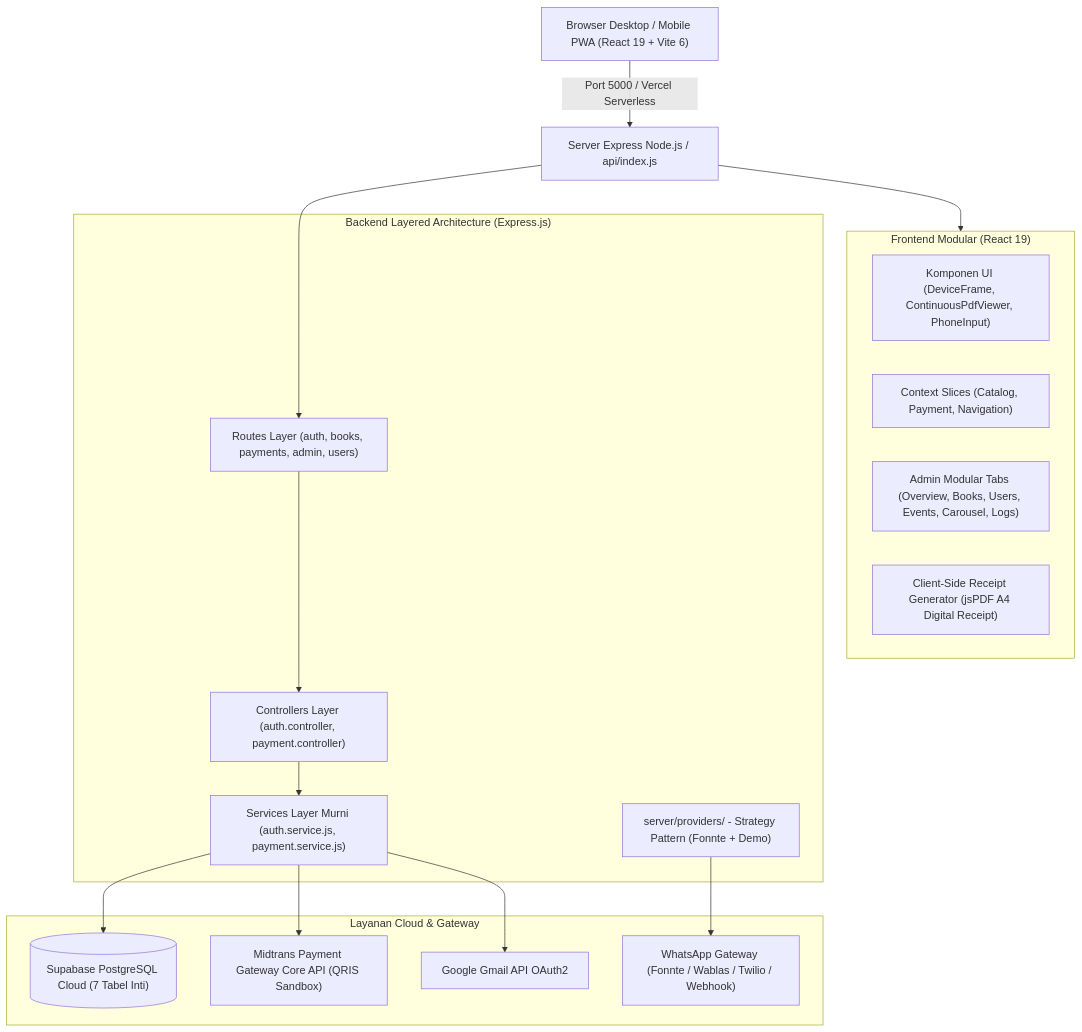
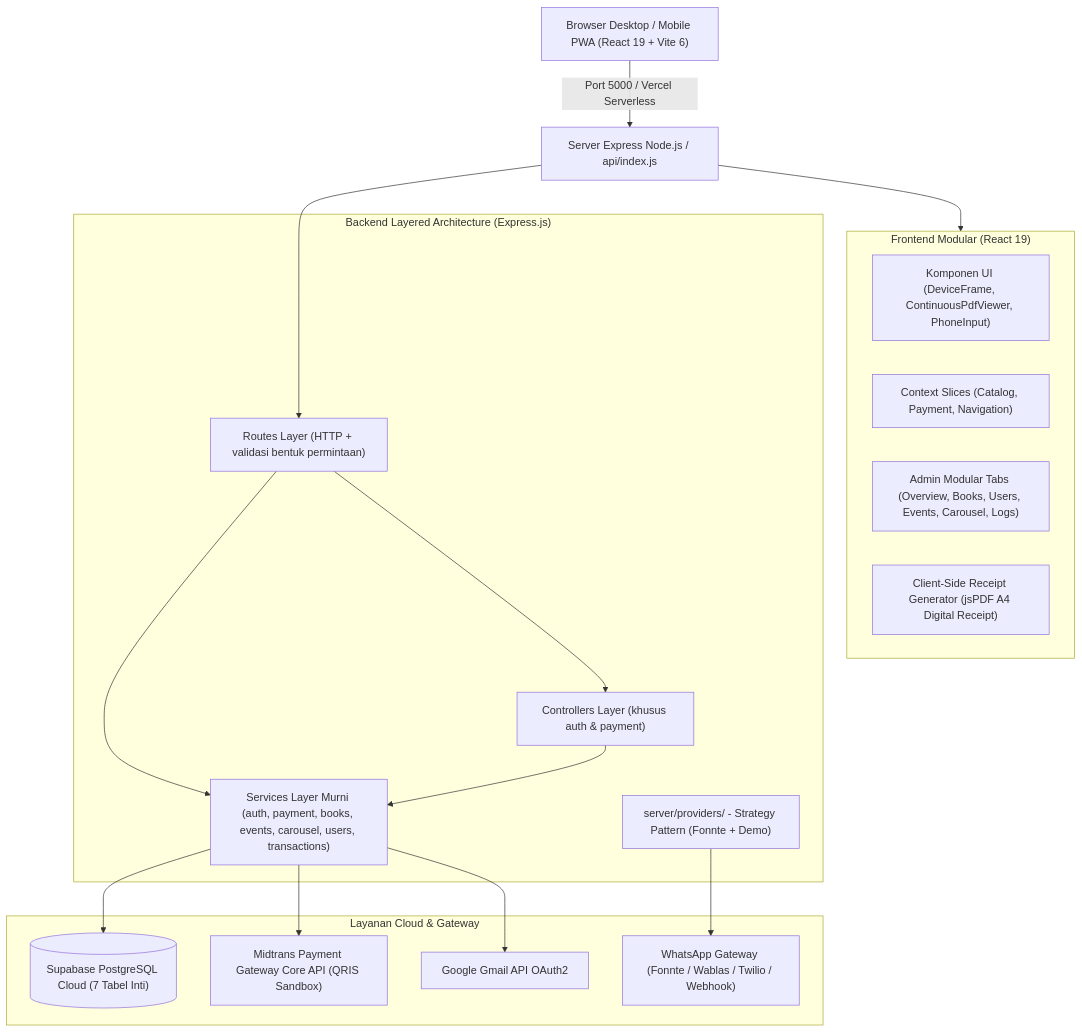
The diagram in Master_Memory_Workflow.md (daffa-789/Wahidiyah-Book-Midtrans), drawn with Mermaid before and after one commit. The commit also changed other lines of this file and 160 other files, not shown here.

First line of the commit message:
refactor: rapikan format kode, service layer, dan pecah komponen admin

````diff
--- a/Master_Memory_Workflow.md
+++ b/Master_Memory_Workflow.md
@@ -123,34 +123,35 @@
 ```mermaid
 graph TD
     Client["Browser Desktop / Mobile PWA (React 19 + Vite 6)"] -->|Port 5000 / Vercel Serverless| Express["Server Express Node.js / api/index.js"]
     
     subgraph Frontend ["Frontend Modular (React 19)"]
         UI["Komponen UI (DeviceFrame, ContinuousPdfViewer, PhoneInput)"]
         State["Context Slices (Catalog, Payment, Navigation)"]
         AdminTabs["Admin Modular Tabs (Overview, Books, Users, Events, Carousel, Logs)"]
         Receipt["Client-Side Receipt Generator (jsPDF A4 Digital Receipt)"]
     end
 
     subgraph Backend ["Backend Layered Architecture (Express.js)"]
-        Routes["Routes Layer (auth, books, payments, admin, users)"]
-        Controllers["Controllers Layer (auth.controller, payment.controller)"]
-        Services["Services Layer Murni (auth.service.js, payment.service.js)"]
+        Routes["Routes Layer (HTTP + validasi bentuk permintaan)"]
+        Controllers["Controllers Layer (khusus auth & payment)"]
+        Services["Services Layer Murni (auth, payment, books, events, carousel, users, transactions)"]
         WAProviders["server/providers/ - Strategy Pattern (Fonnte + Demo)"]
     end
 
     subgraph External ["Layanan Cloud & Gateway"]
         Supa[("Supabase PostgreSQL Cloud (7 Tabel Inti)")]
         Midtrans["Midtrans Payment Gateway Core API (QRIS Sandbox)"]
         Gmail["Google Gmail API OAuth2"]
         WAGateway["WhatsApp Gateway (Fonnte / Wablas / Twilio / Webhook)"]
     end
 
     Express --> Frontend
     Express --> Routes
     Routes --> Controllers
+    Routes --> Services
     Controllers --> Services
     Services --> Supa
     Services --> Midtrans
     Services --> Gmail
     WAProviders --> WAGateway
 ```
````
